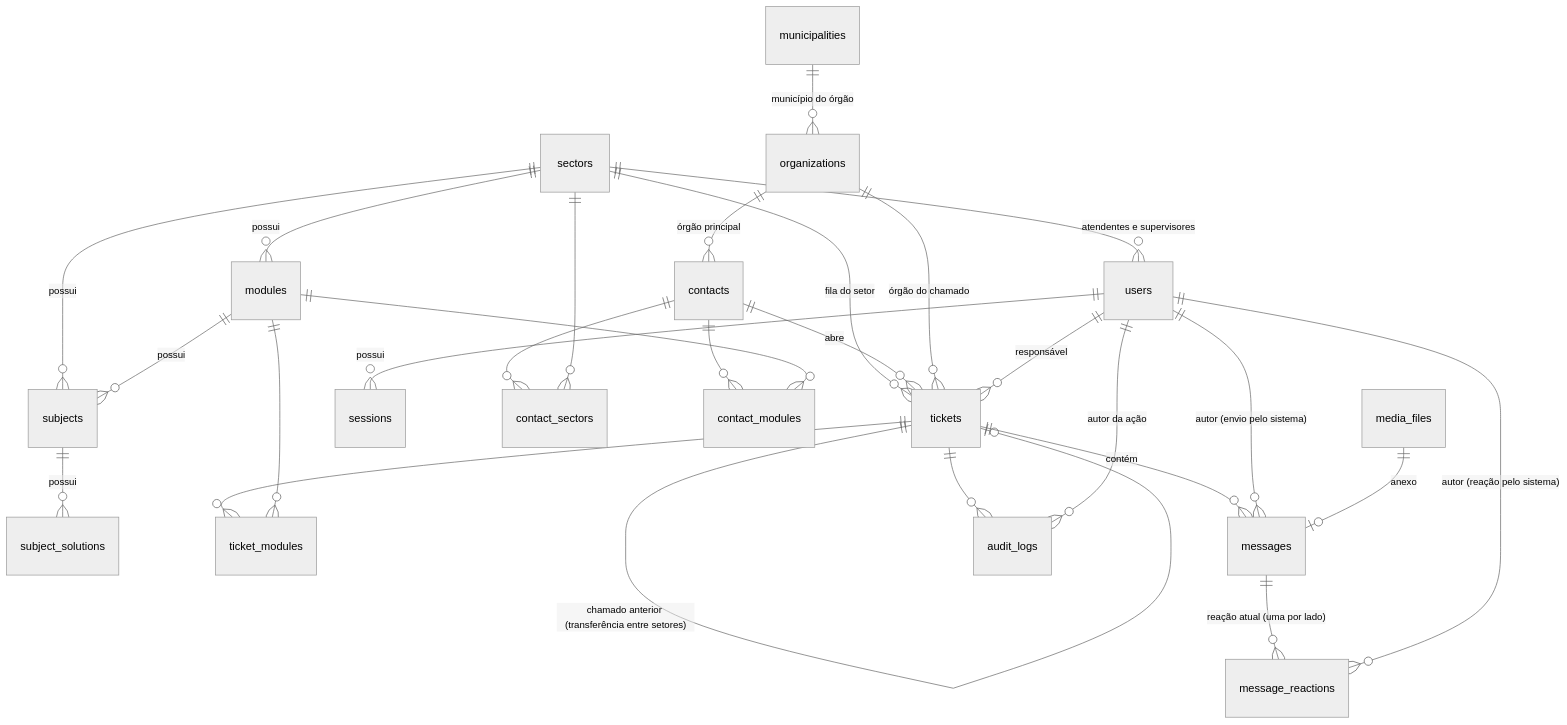
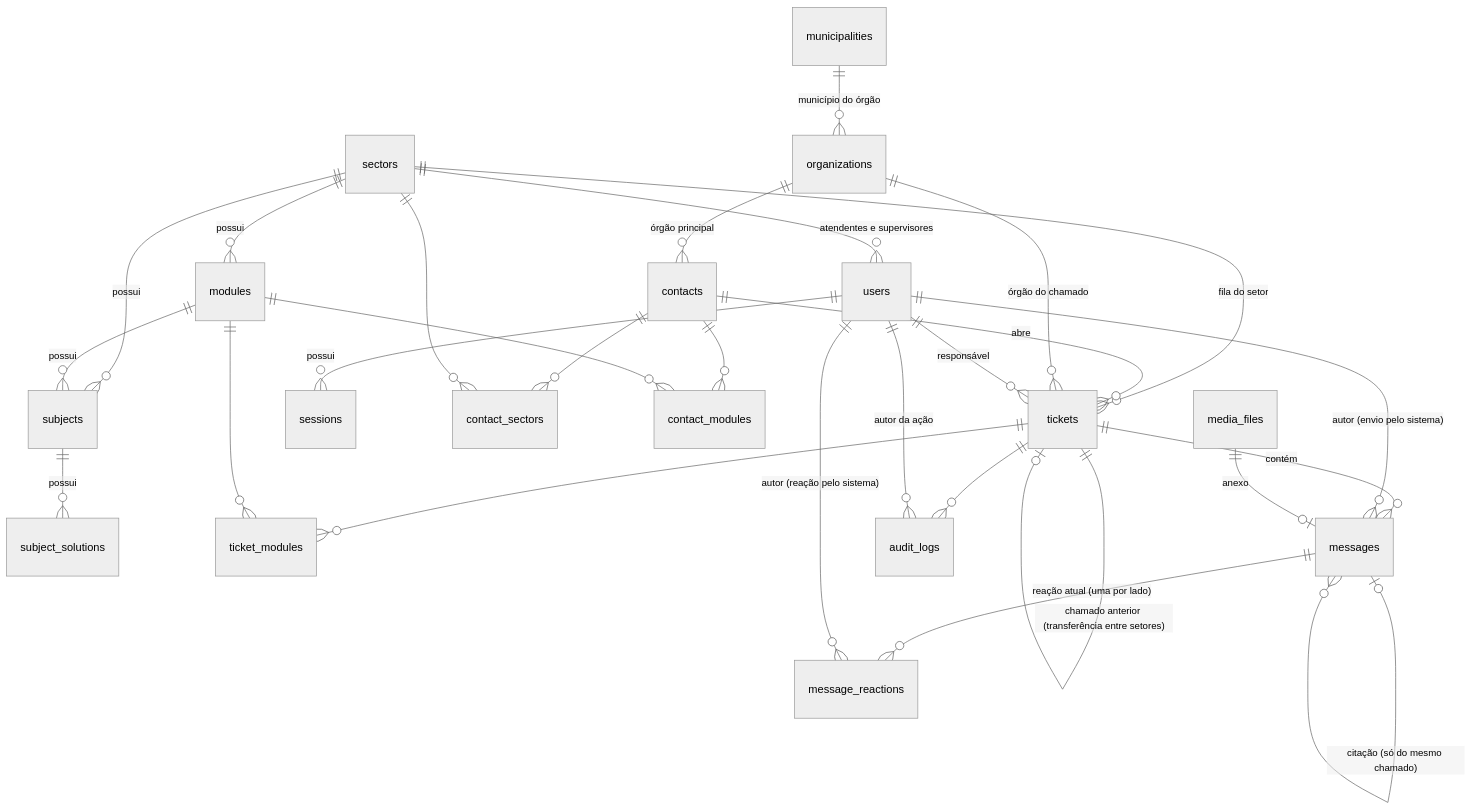
The first of 2 diagrams in docs/data-model.md (gcaspp-labs/xet), drawn with Mermaid (neutral theme) before and after one commit. The commit also changed other lines of this file, not shown here.

Commit message:
docs: lugar da citação no modelo de dados (#201)

````diff
--- a/docs/data-model.md
+++ b/docs/data-model.md
@@ -24,29 +24,30 @@
 ```mermaid
 erDiagram
     sectors ||--o{ users : "atendentes e supervisores"
     sectors ||--o{ modules : possui
     sectors ||--o{ tickets : "fila do setor"
     sectors ||--o{ subjects : possui
     modules ||--o{ subjects : possui
     subjects ||--o{ subject_solutions : possui
     users ||--o{ sessions : possui
     municipalities ||--o{ organizations : "município do órgão"
     organizations ||--o{ contacts : "órgão principal"
     contacts ||--o{ tickets : abre
     contacts ||--o{ contact_sectors : ""
     sectors ||--o{ contact_sectors : ""
     contacts ||--o{ contact_modules : ""
     modules ||--o{ contact_modules : ""
     organizations ||--o{ tickets : "órgão do chamado"
     users ||--o{ tickets : "responsável"
     tickets ||--o| tickets : "chamado anterior (transferência entre setores)"
     tickets ||--o{ ticket_modules : ""
     modules ||--o{ ticket_modules : ""
     tickets ||--o{ messages : contém
     users ||--o{ messages : "autor (envio pelo sistema)"
     media_files ||--o| messages : anexo
     messages ||--o{ message_reactions : "reação atual (uma por lado)"
+    messages |o--o{ messages : "citação (só do mesmo chamado)"
     users ||--o{ message_reactions : "autor (reação pelo sistema)"
     tickets ||--o{ audit_logs : ""
     users ||--o{ audit_logs : "autor da ação"
 ```
````
